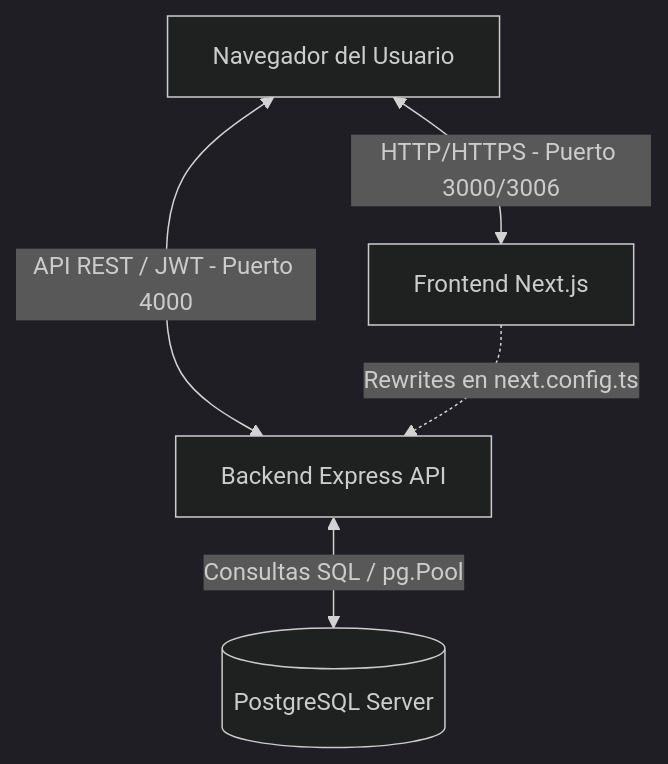
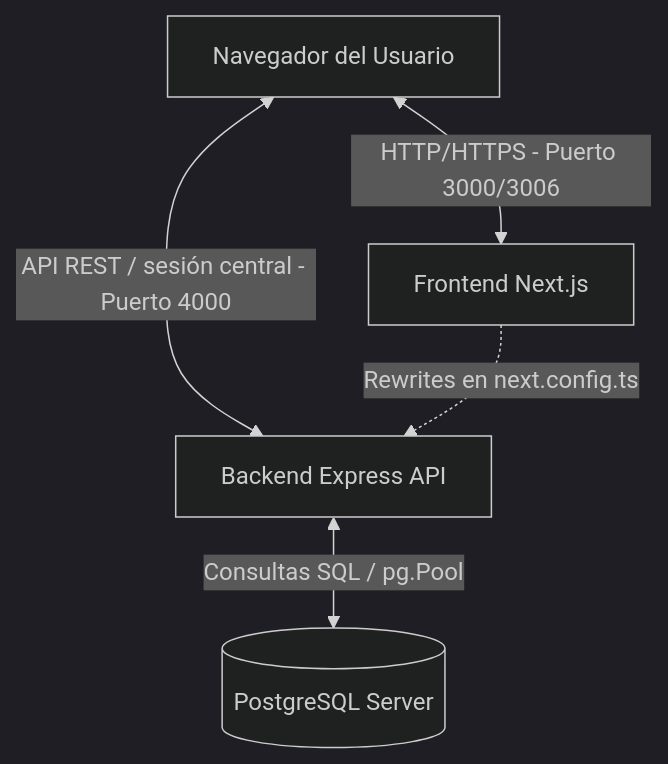
One commit to IPECD-AreaDatos/Copa changed the diagram in docs/ARCHITECTURE.md. Above: the diagram before and after it, drawn with Mermaid (dark theme). The commit also changed other lines of this file and 4 other files, not shown here.

````diff
--- a/docs/ARCHITECTURE.md
+++ b/docs/ARCHITECTURE.md
@@ -11,7 +11,7 @@
 ```mermaid
 graph TD
     Client[Navegador del Usuario] <-->|HTTP/HTTPS - Puerto 3000/3006| NextJS[Frontend Next.js]
-    Client <-->|API REST / JWT - Puerto 4000| ExpressAPI[Backend Express API]
+    Client <-->|API REST / sesión central - Puerto 4000| ExpressAPI[Backend Express API]
     ExpressAPI <-->|Consultas SQL / pg.Pool| PostgreSQL[(PostgreSQL Server)]
     NextJS -.->|Rewrites en next.config.ts| ExpressAPI
 ```
````
